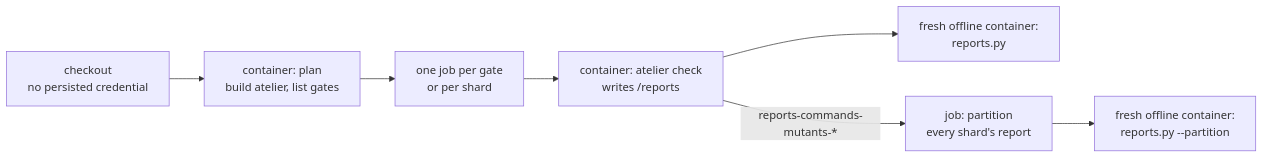
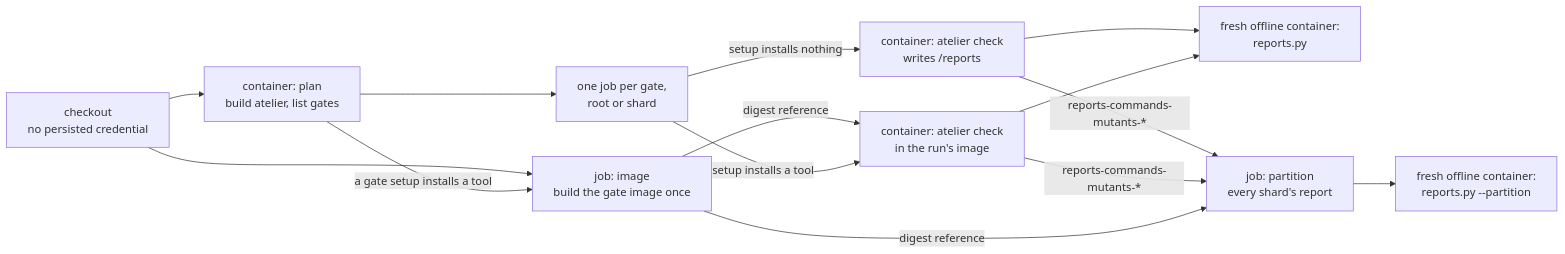
One commit to wrkhse/atelier changed the diagram in .github/ci/README.md. Above: the diagram before and after it, drawn with Mermaid. The commit also changed other lines of this file and 10 other files, not shown here.

````diff
--- a/.github/ci/README.md
+++ b/.github/ci/README.md
@@ -12,9 +12,16 @@
 ```mermaid
 flowchart LR
-    Checkout["checkout<br/>no persisted credential"] --> Plan["container: plan<br/>build atelier, list gates"]
-    Plan --> Matrix["one job per gate<br/>or per shard"]
-    Matrix --> Gate["container: atelier check<br/>writes /reports"]
+    Checkout["checkout<br/>no persisted credential"] --> Image["job: image<br/>build the gate image once"]
+    Checkout --> Plan["container: plan<br/>build atelier, list gates"]
+    Plan -->|"a gate setup installs a tool"| Image
+    Image -->|"digest reference"| Tools["container: atelier check<br/>in the run's image"]
+    Plan --> Matrix["one job per gate,<br/>root or shard"]
+    Matrix -->|"setup installs nothing"| Gate["container: atelier check<br/>writes /reports"]
+    Matrix -->|"setup installs a tool"| Tools
     Gate --> Validate["fresh offline container:<br/>reports.py"]
+    Tools --> Validate
     Gate -->|"reports-commands-mutants-*"| Partition["job: partition<br/>every shard's report"]
+    Tools -->|"reports-commands-mutants-*"| Partition
+    Image -->|"digest reference"| Partition
     Partition --> Proof["fresh offline container:<br/>reports.py --partition"]
 ```
````
